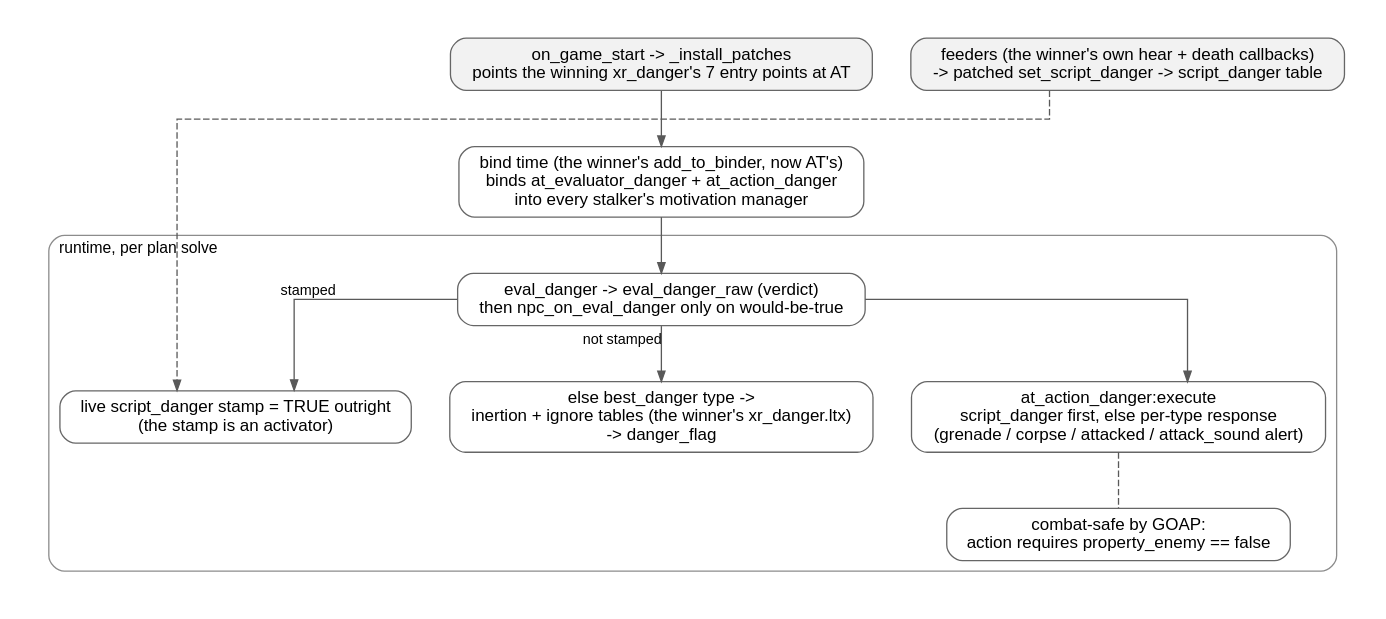
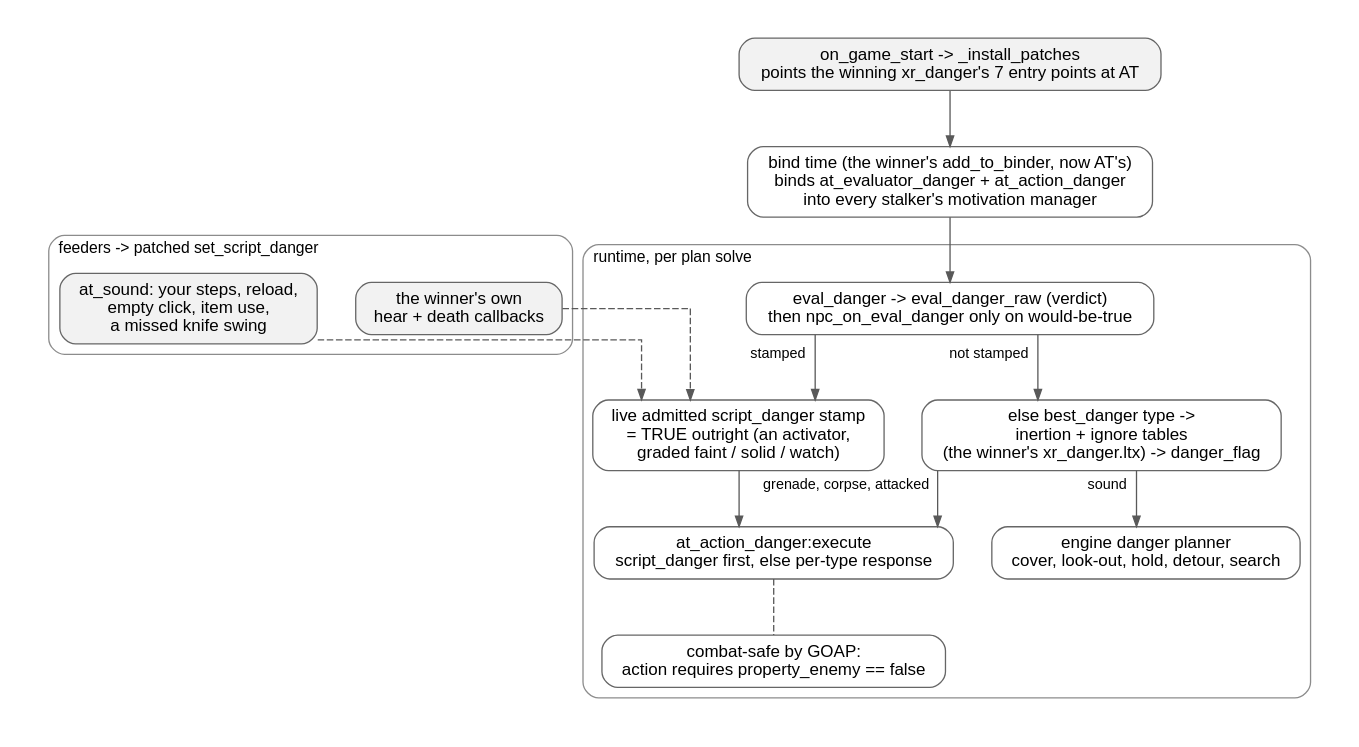
Before and after one commit to damiansirbu-stalker/AlifeTactics: the diagram in doc/img/danger-patch.dot, drawn with Graphviz. The commit also changed 9 other files, not shown here.

First line of the commit message:
docs(architecture): redraw the diagrams for mutants and the decision model

```diff
--- a/doc/img/danger-patch.dot
+++ b/doc/img/danger-patch.dot
@@ -1,40 +1,55 @@
 digraph at_danger_patch {
     // C4 level 3: the danger scheme, installed as a function-level patch on whichever
     // xr_danger won the MO2 slot. No xr_danger.script of AT's own, so no slot contest.
+    // The verdict is a stamp or the type tables; the action claims grenade, corpse and attacked,
+    // and every sound danger stays with the engine planner (at_danger.script, at_evaluator_check_danger).
     rankdir=TB
     splines=ortho
     pad=0.3
     nodesep=0.4
     ranksep=0.6
     graph [fontname="Arial", fontsize=15]
     node  [shape=box, style="rounded,filled", fillcolor=white,
            color=gray40, fontname="Arial", fontsize=13, margin="0.15,0.09"]
     edge  [fontname="Arial", fontsize=11, color=gray35, arrowsize=0.8]
+
+    subgraph cluster_feed {
+        label="feeders -> patched set_script_danger"
+        labeljust=l
+        fontname="Arial"
+        fontsize=12
+        style=rounded
+        color=gray55
+        feed_win [label="the winner's own\nhear + death callbacks", fillcolor=gray95]
+        feed_at  [label="at_sound: your steps, reload,\nempty click, item use,\na missed knife swing", fillcolor=gray95]
+    }
 
     install [label="on_game_start -> _install_patches\npoints the winning xr_danger's 7 entry points at AT", fillcolor=gray95]
 
     bind [label="bind time (the winner's add_to_binder, now AT's)\nbinds at_evaluator_danger + at_action_danger\ninto every stalker's motivation manager"]
 
     subgraph cluster_solve {
         label="runtime, per plan solve"
         labeljust=l
         fontname="Arial"
         fontsize=12
         style=rounded
         color=gray55
-        eval  [label="eval_danger -> eval_danger_raw (verdict)\nthen npc_on_eval_danger only on would-be-true"]
-        stamp [label="live script_danger stamp = TRUE outright\n(the stamp is an activator)"]
-        table [label="else best_danger type ->\ninertion + ignore tables (the winner's xr_danger.ltx)\n-> danger_flag"]
-        act   [label="at_action_danger:execute\nscript_danger first, else per-type response\n(grenade / corpse / attacked / attack_sound alert)"]
-        safe  [label="combat-safe by GOAP:\naction requires property_enemy == false"]
+        eval   [label="eval_danger -> eval_danger_raw (verdict)\nthen npc_on_eval_danger only on would-be-true"]
+        stamp  [label="live admitted script_danger stamp\n= TRUE outright (an activator,\ngraded faint / solid / watch)"]
+        table  [label="else best_danger type ->\ninertion + ignore tables\n(the winner's xr_danger.ltx) -> danger_flag"]
+        act    [label="at_action_danger:execute\nscript_danger first, else per-type response"]
+        engine [label="engine danger planner\ncover, look-out, hold, detour, search"]
+        safe   [label="combat-safe by GOAP:\naction requires property_enemy == false"]
     }
 
-    feeders [label="feeders (the winner's own hear + death callbacks)\n-> patched set_script_danger -> script_danger table", fillcolor=gray95]
-
     install -> bind -> eval
-    eval -> stamp [xlabel="stamped"]
-    eval -> table [xlabel="not stamped"]
-    eval -> act
+    eval -> stamp  [xlabel="  stamped  "]
+    eval -> table  [xlabel="  not stamped  "]
+    stamp -> act
+    table -> act    [xlabel="  grenade, corpse, attacked  "]
+    table -> engine [xlabel="  sound  "]
     act -> safe [style=dashed, arrowhead=none]
-    feeders -> stamp [style=dashed, constraint=false]
+    feed_win -> stamp [style=dashed]
+    feed_at  -> stamp [style=dashed]
 }
```
